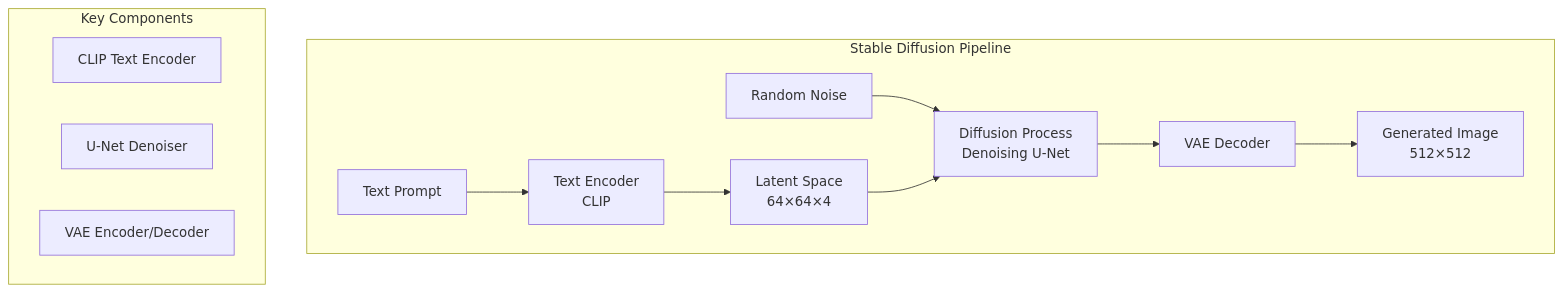
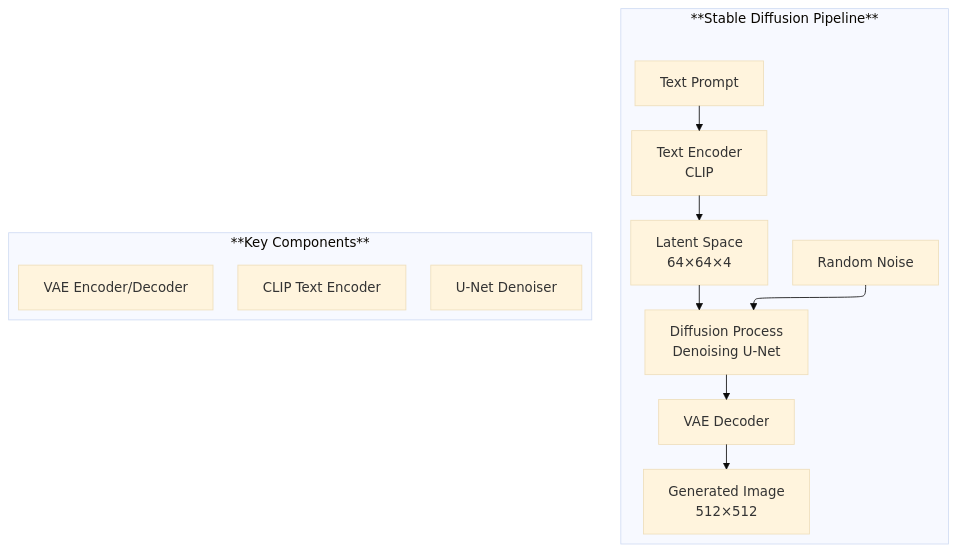
The diagram in The 2026 AI Metromap/The 2026 AI Metromap: Image Generation & Editing – Diffusion Models in Practice.md (Vineet-Sharma-Medium-Stories/Medium-Build-Tool), drawn with Mermaid before and after one commit. The commit also changed 37 other files, not shown here.

````diff
--- a/The 2026 AI Metromap/The 2026 AI Metromap: Image Generation & Editing – Diffusion Models in Practice.md
+++ b/The 2026 AI Metromap/The 2026 AI Metromap: Image Generation & Editing – Diffusion Models in Practice.md
@@ -85,18 +85,23 @@
 ```mermaid
+---
+config:
+  theme: base
+  layout: elk
+---
 graph TD
-    subgraph "Stable Diffusion Pipeline"
+    subgraph "**Stable Diffusion Pipeline**"
         T[Text Prompt] --> TE[Text Encoder<br/>CLIP]
         TE --> L[Latent Space<br/>64×64×4]
         
         N[Random Noise] --> D[Diffusion Process<br/>Denoising U-Net]
         L --> D
         D --> V[VAE Decoder]
         V --> I[Generated Image<br/>512×512]
     end
     
-    subgraph "Key Components"
+    subgraph "**Key Components**"
         C1[CLIP Text Encoder]
         C2[U-Net Denoiser]
         C3[VAE Encoder/Decoder]
     end
 ```
````
